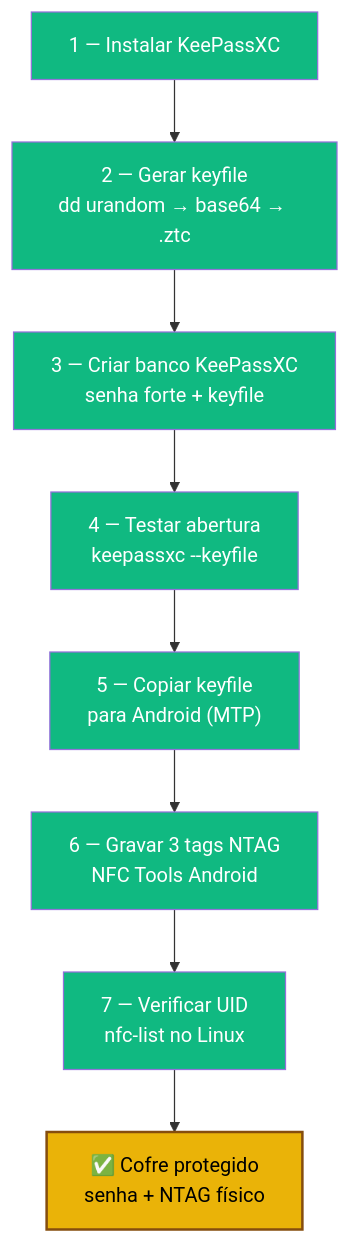
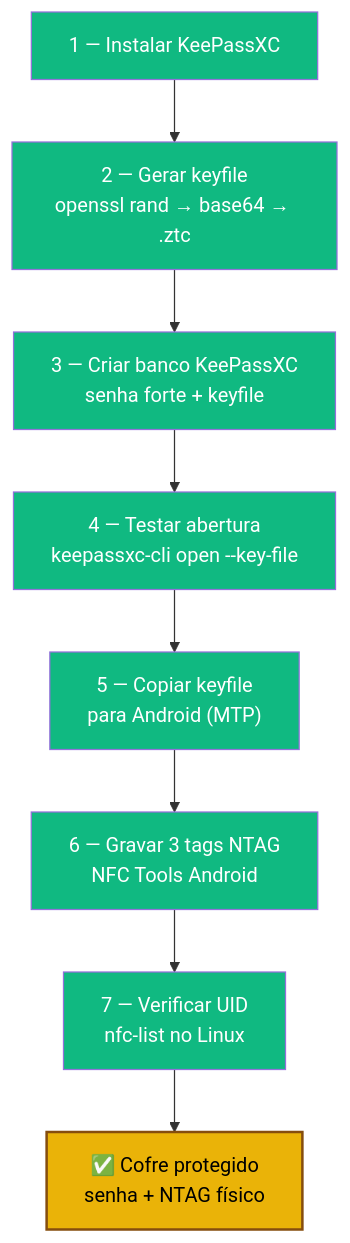
One commit to VIPs-com/Zero-Trust-Core changed the diagram in playbooks/01-keepass-ntag.md. Above: the diagram before and after it, drawn with Mermaid. The commit also changed other lines of this file and 3 other files, not shown here.

````diff
--- a/playbooks/01-keepass-ntag.md
+++ b/playbooks/01-keepass-ntag.md
@@ -14,19 +15,19 @@
 ```mermaid
 flowchart TD
-    A["1 — Instalar KeePassXC"] --> B["2 — Gerar keyfile\ndd urandom → base64 → .ztc"]
+    A["1 — Instalar KeePassXC"] --> B["2 — Gerar keyfile\nopenssl rand → base64 → .ztc"]
     B --> C["3 — Criar banco KeePassXC\nsenha forte + keyfile"]
-    C --> D["4 — Testar abertura\nkeepassxc --keyfile"]
+    C --> D["4 — Testar abertura\nkeepassxc-cli open --key-file"]
     D --> E["5 — Copiar keyfile\npara Android (MTP)"]
     E --> F["6 — Gravar 3 tags NTAG\nNFC Tools Android"]
     F --> G["7 — Verificar UID\nnfc-list no Linux"]
     G --> H["✅ Cofre protegido\nsenha + NTAG físico"]
 
     style A fill:#10b981,color:#fff
     style B fill:#10b981,color:#fff
     style C fill:#10b981,color:#fff
     style D fill:#10b981,color:#fff
     style E fill:#10b981,color:#fff
     style F fill:#10b981,color:#fff
     style G fill:#10b981,color:#fff
     style H fill:#eab308,color:#000,stroke:#854d0e,stroke-width:2px
 ```
````
